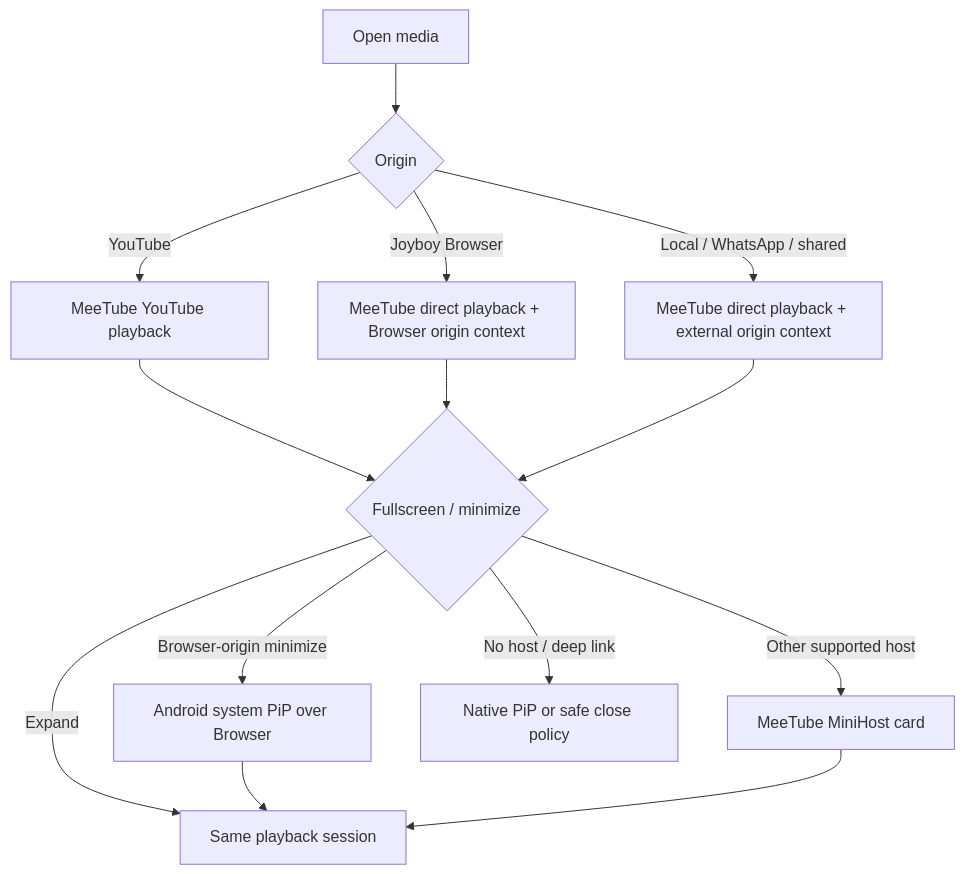
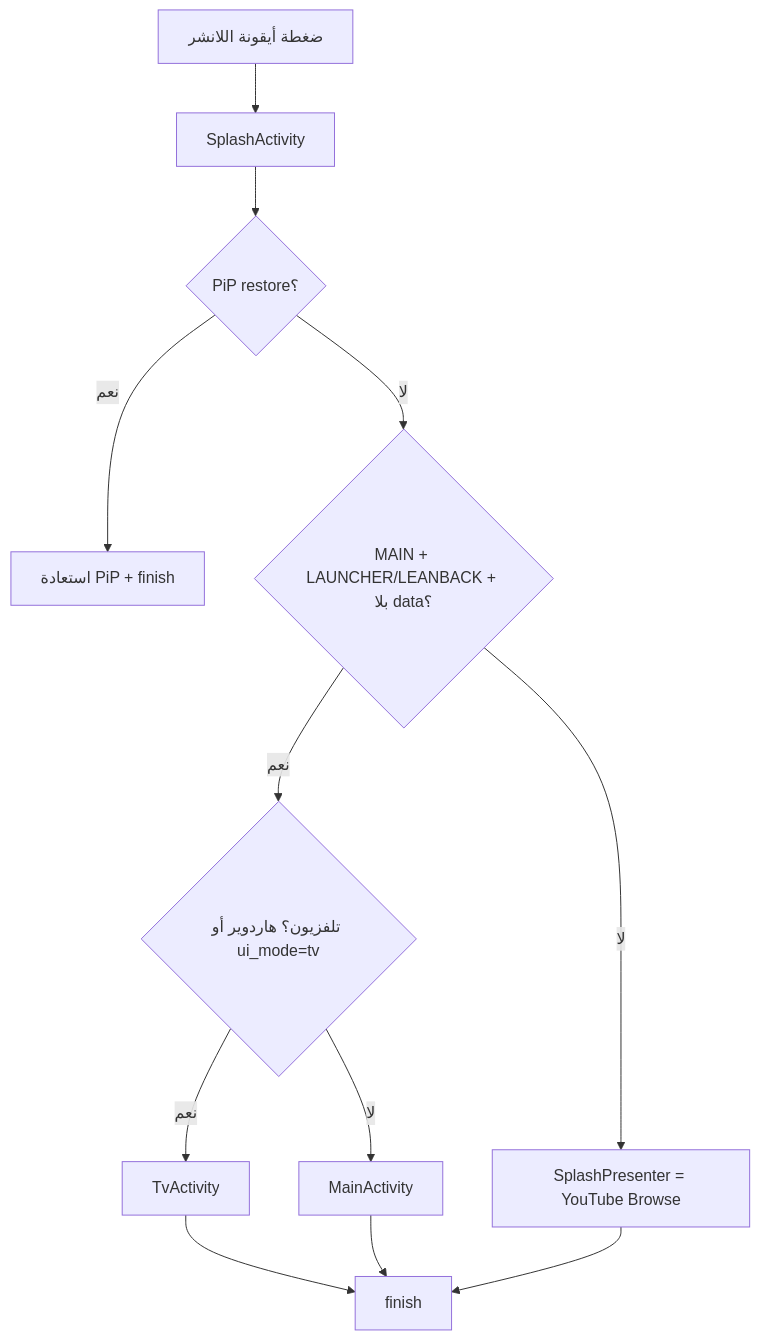
One commit to alisaeed9x/Joyboy changed the first of 4 diagrams in docs/PLAYER_SCREEN_FLOW.md. Above: the diagram before and after it, drawn with Mermaid. The commit also changed other lines of this file and 21 other files, not shown here.

````diff
--- a/docs/PLAYER_SCREEN_FLOW.md
+++ b/docs/PLAYER_SCREEN_FLOW.md
@@ -5,16 +7,14 @@
 ```mermaid
 flowchart TD
-    A[Open media] --> B{Origin}
-    B -->|YouTube| C[MeeTube YouTube playback]
-    B -->|Joyboy Browser| D[MeeTube direct playback + Browser origin context]
-    B -->|Local / WhatsApp / shared| E[MeeTube direct playback + external origin context]
-    C --> F{Fullscreen / minimize}
-    D --> F
-    E --> F
-    F -->|Expand| G[Same playback session]
-    F -->|Browser-origin minimize| H[Android system PiP over Browser]
-    F -->|Other supported host| I[MeeTube MiniHost card]
-    F -->|No host / deep link| J[Native PiP or safe close policy]
-    H --> G
-    I --> G
+    L[ضغطة أيقونة اللانشر] --> S[SplashActivity]
+    S --> P{PiP restore؟}
+    P -->|نعم| F1[استعادة PiP + finish]
+    P -->|لا| LM{MAIN + LAUNCHER/LEANBACK + بلا data؟}
+    LM -->|لا| BR[SplashPresenter = YouTube Browse]
+    LM -->|نعم| TV{تلفزيون؟ هاردوير أو ui_mode=tv}
+    TV -->|نعم| T[TvActivity]
+    TV -->|لا| M[MainActivity]
+    T --> F2[finish]
+    M --> F2
+    BR --> F2
 ```
````
